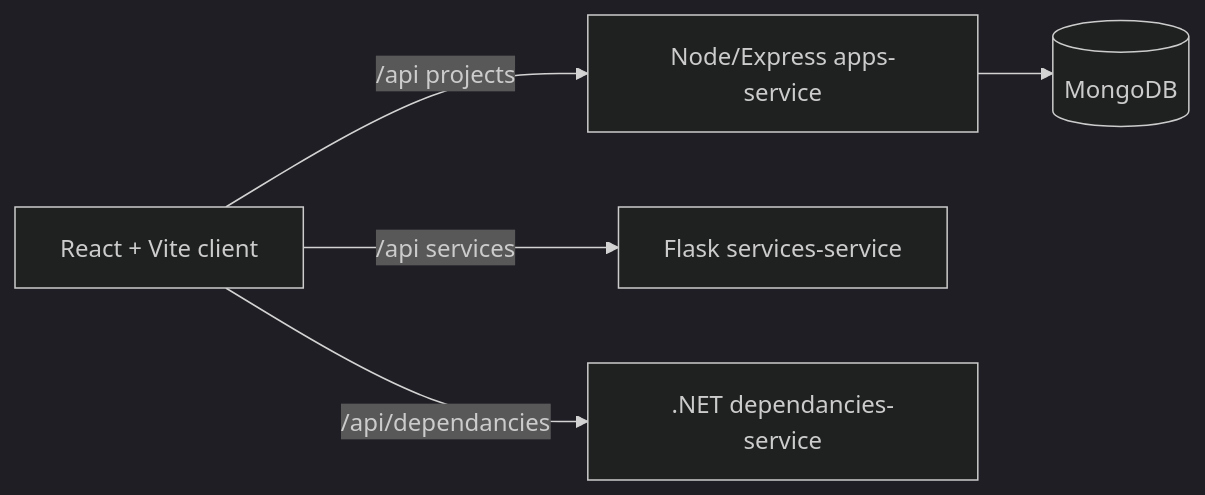
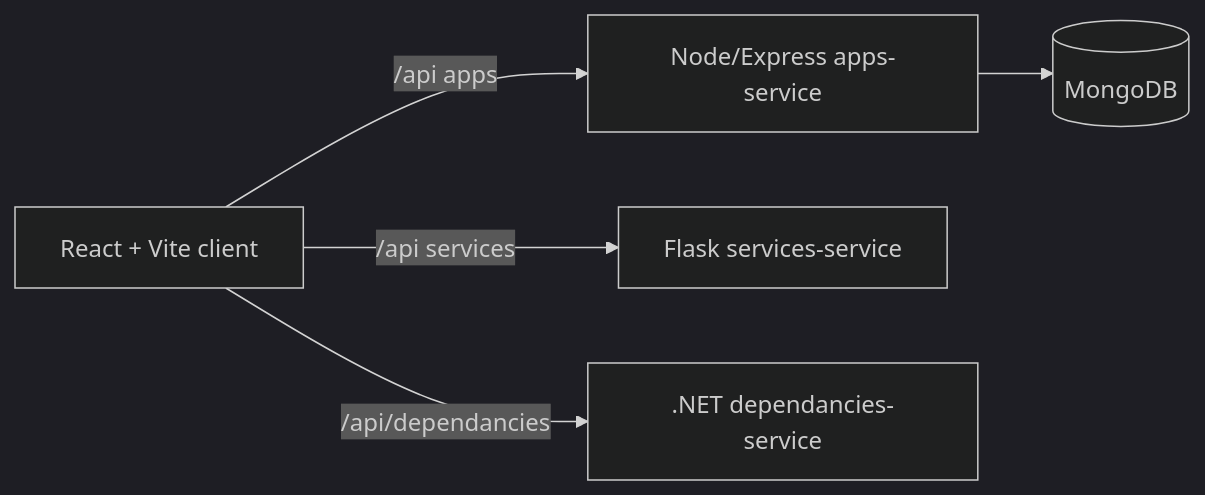
One commit to koydas/fullstack-pilot changed the diagram in README.md. Above: the diagram before and after it, drawn with Mermaid (dark theme). The commit also changed other lines of this file, not shown here.

Commit message:
Update API routes from '/api/projects' to '/api/apps'

````diff
--- a/README.md
+++ b/README.md
@@ -17,13 +17,13 @@
 ```mermaid
 flowchart LR
   UI[React + Vite client]
   API[Node/Express apps-service]
   DB[(MongoDB)]
   PY[Flask services-service]
   DOTNET[.NET dependancies-service]
 
-  UI -->|/api projects| API
+  UI -->|/api apps| API
   API --> DB
   UI -->|/api services| PY
   UI -->|/api/dependancies| DOTNET
 ```
````
